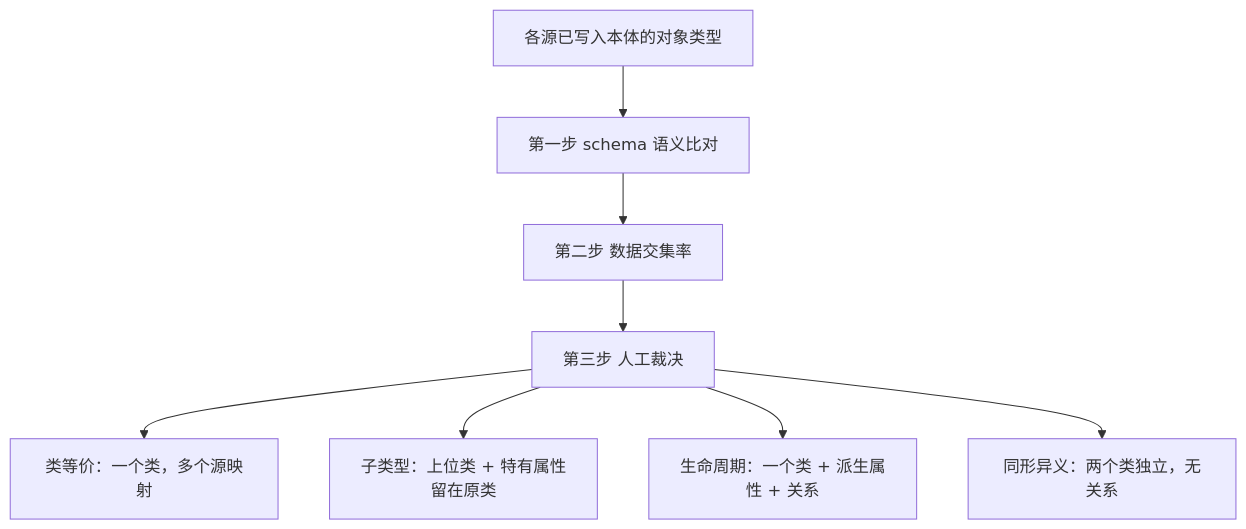
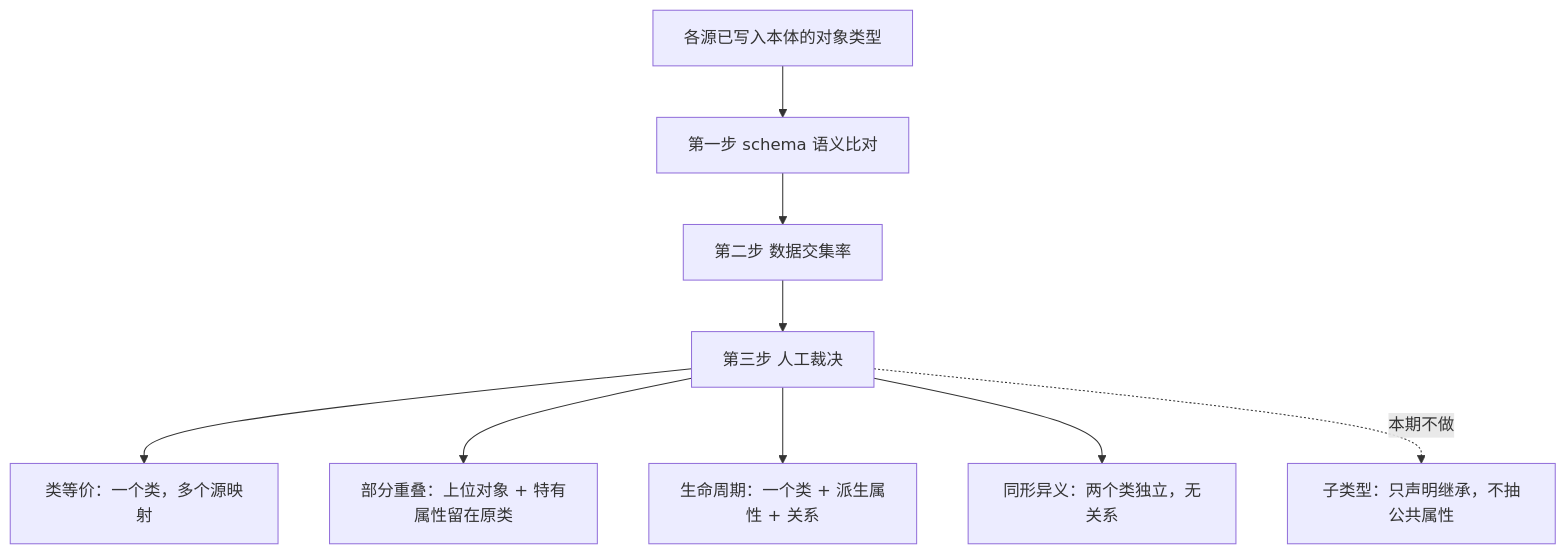
Before and after one commit to majiang213/Ontos: the fourth of 8 diagrams in docs/ontos-article.md, drawn with Mermaid. The commit also changed other lines of this file and 50 other files, not shown here.

````diff
--- a/docs/ontos-article.md
+++ b/docs/ontos-article.md
@@ -153,10 +152,11 @@
 ```mermaid
 flowchart TD
     S["各源已写入本体的对象类型"] --> B["第一步 schema 语义比对"]
     B --> C["第二步 数据交集率"]
     C --> D["第三步 人工裁决"]
     D --> E["类等价：一个类，多个源映射"]
-    D --> F["子类型：上位类 + 特有属性留在原类"]
+    D --> F["部分重叠：上位对象 + 特有属性留在原类"]
     D --> G["生命周期：一个类 + 派生属性 + 关系"]
     D --> H["同形异义：两个类独立，无关系"]
+    D -.->|本期不做| I["子类型：只声明继承，不抽公共属性"]
 ```
````
